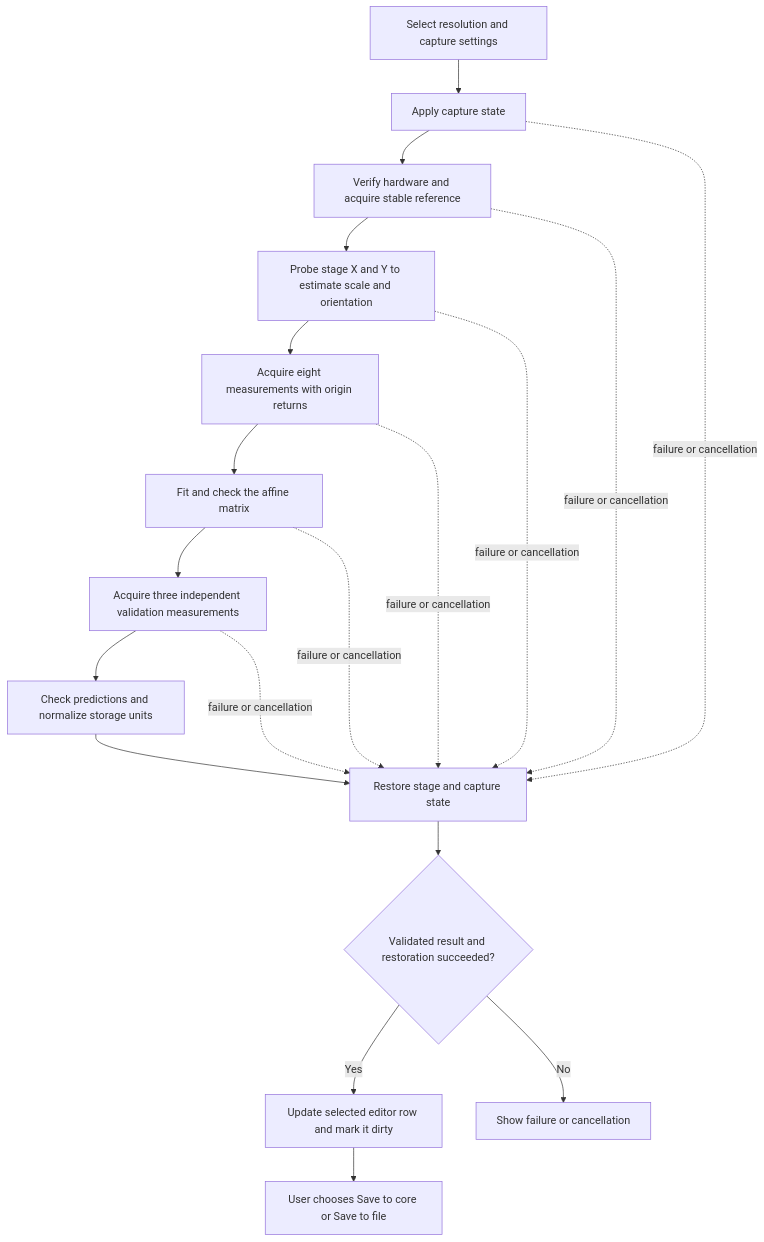
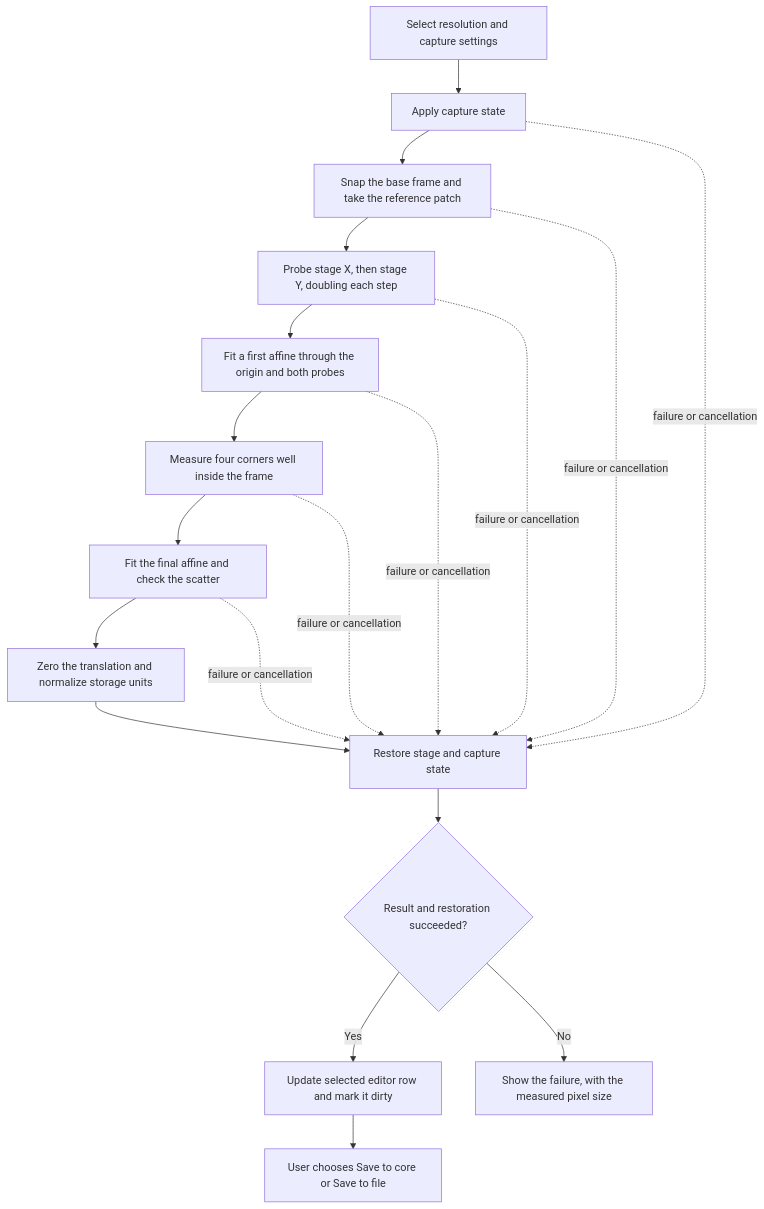
The diagram in src/pymmcore_gui/_modern_gui/TEMP_MD/PIXEL_CALIBRATION.md (fdrgsp/pymmcore-gui), drawn with Mermaid before and after one commit. The commit also changed other lines of this file and 10 other files, not shown here.

````diff
--- a/src/pymmcore_gui/_modern_gui/TEMP_MD/PIXEL_CALIBRATION.md
+++ b/src/pymmcore_gui/_modern_gui/TEMP_MD/PIXEL_CALIBRATION.md
@@ -25,21 +36,21 @@
 ```mermaid
 flowchart TD
     A[Select resolution and capture settings] --> B[Apply capture state]
-    B --> C[Verify hardware and acquire stable reference]
-    C --> D[Probe stage X and Y to estimate scale and orientation]
-    D --> E[Acquire eight measurements with origin returns]
-    E --> F[Fit and check the affine matrix]
-    F --> G[Acquire three independent validation measurements]
-    G --> H[Check predictions and normalize storage units]
+    B --> C[Snap the base frame and take the reference patch]
+    C --> D[Probe stage X, then stage Y, doubling each step]
+    D --> E[Fit a first affine through the origin and both probes]
+    E --> F[Measure four corners well inside the frame]
+    F --> G[Fit the final affine and check the scatter]
+    G --> H[Zero the translation and normalize storage units]
     H --> I[Restore stage and capture state]
     B -. failure or cancellation .-> I
     C -. failure or cancellation .-> I
     D -. failure or cancellation .-> I
     E -. failure or cancellation .-> I
     F -. failure or cancellation .-> I
     G -. failure or cancellation .-> I
-    I --> J{Validated result and restoration succeeded?}
+    I --> J{Result and restoration succeeded?}
     J -->|Yes| K[Update selected editor row and mark it dirty]
-    J -->|No| L[Show failure or cancellation]
+    J -->|No| L[Show the failure, with the measured pixel size]
     K --> M[User chooses Save to core or Save to file]
 ```
````
